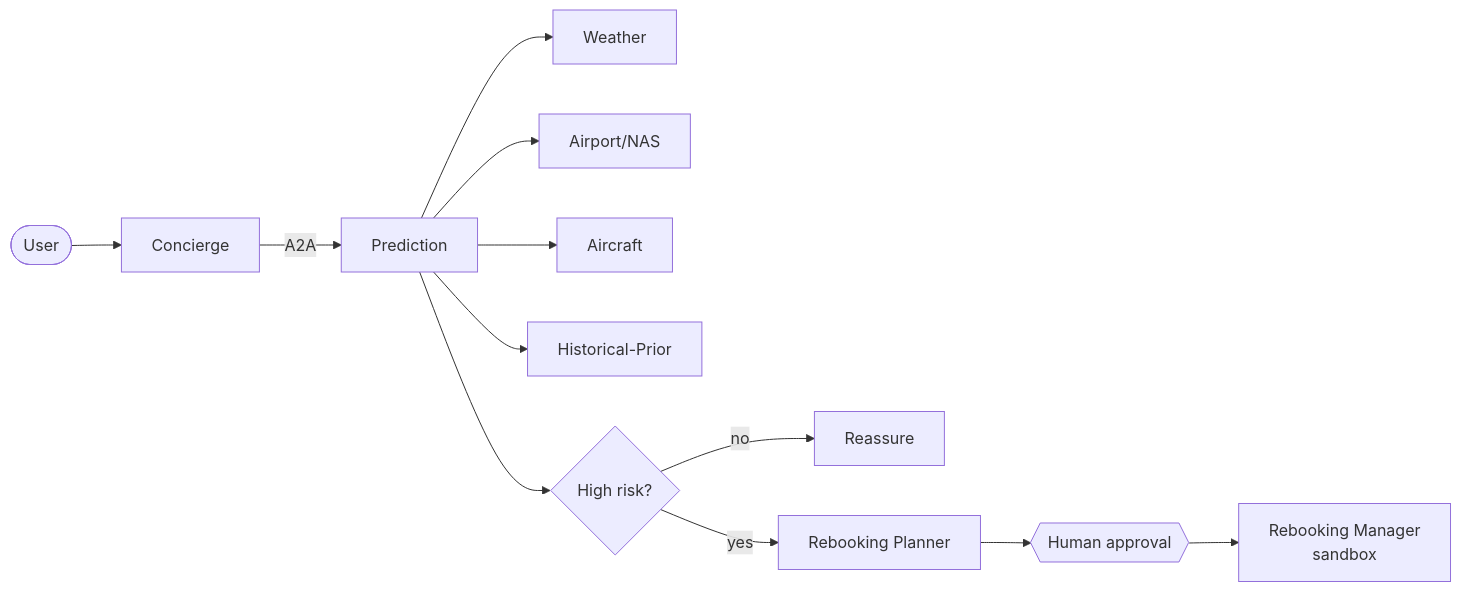
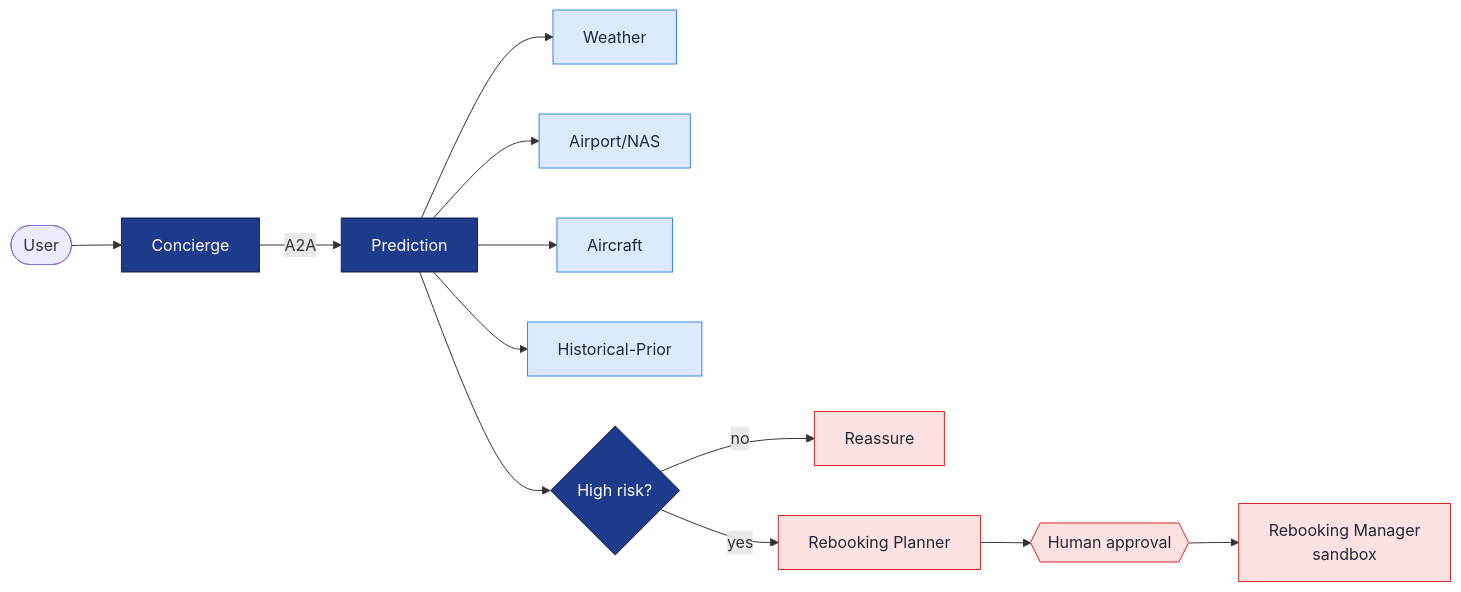
The diagram in README.md (sonijigar/kaggle-capstone-ai-agents), drawn with Mermaid before and after one commit. The commit also changed 1 other file, not shown here.

Commit message:
docs: color-code architecture diagrams by layer
Add classDef color coding (orchestration / agents / data / action) to the
component and README flowcharts. No emoji.

````diff
--- a/README.md
+++ b/README.md
@@ -20,11 +20,18 @@
 ```mermaid
 flowchart LR
     U([User]) --> C[Concierge]
     C -->|A2A| P[Prediction]
     P --> W[Weather] & N[Airport/NAS] & A[Aircraft] & H[Historical-Prior]
     P --> D{High risk?}
     D -->|no| RE[Reassure]
     D -->|yes| PL[Rebooking Planner]
     PL --> G{{Human approval}}
     G --> M[Rebooking Manager<br/>sandbox]
+
+    classDef orch fill:#1e3a8a,stroke:#172554,color:#ffffff;
+    classDef agent fill:#dbeafe,stroke:#3b82f6,color:#1f2937;
+    classDef action fill:#fee2e2,stroke:#dc2626,color:#1f2937;
+    class C,P,D orch;
+    class W,N,A,H agent;
+    class RE,PL,G,M action;
 ```
````
